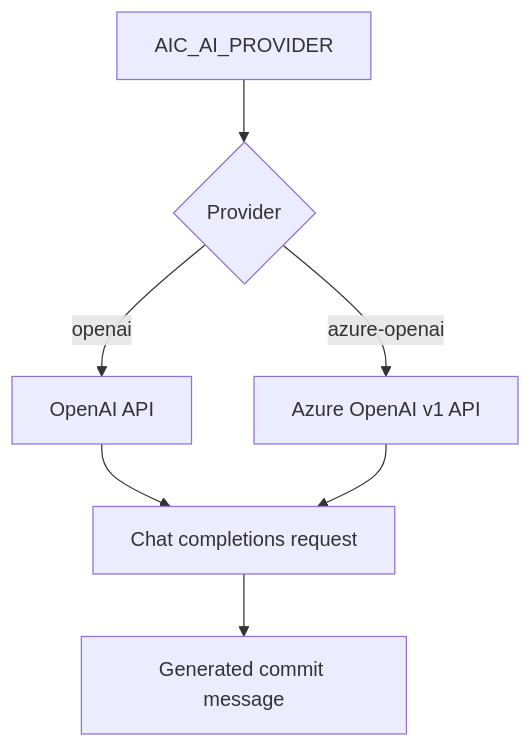
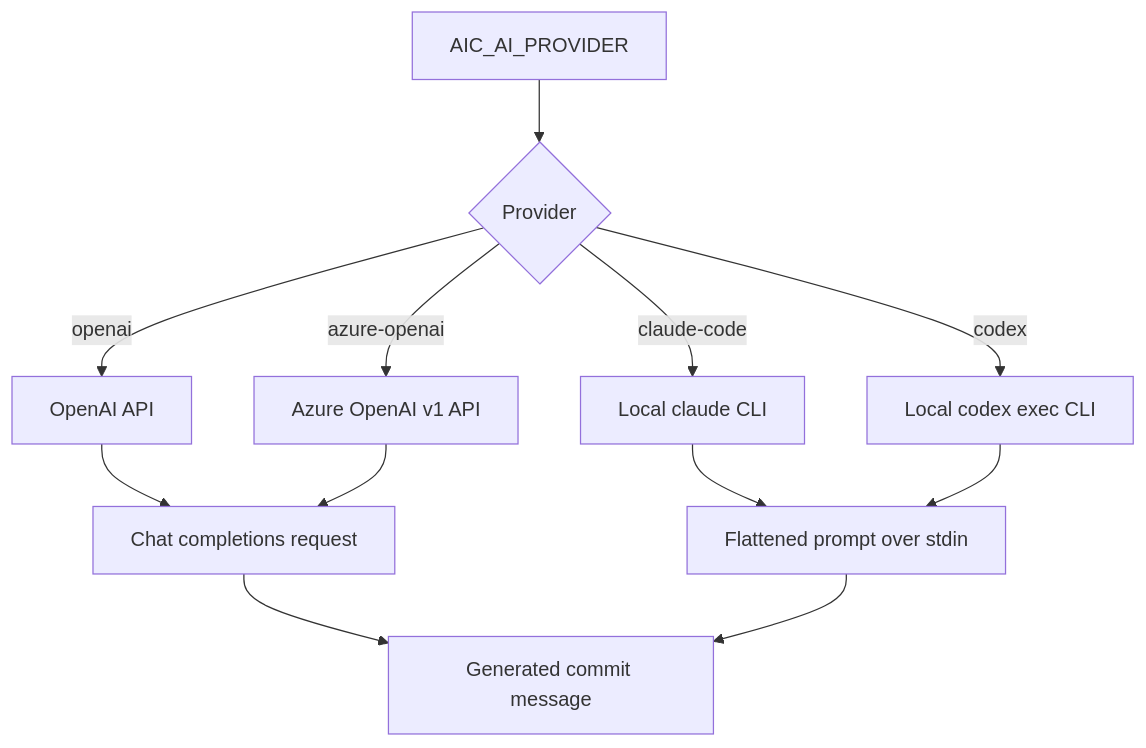
One commit to russmckendrick/aicommit changed the diagram in docs/providers.md. Above: the diagram before and after it, drawn with Mermaid. The commit also changed other lines of this file and 15 other files, not shown here.

First line of the commit message:
✨ feat(ai): unlock local CLI providers for claude-code and codex

````diff
--- a/docs/providers.md
+++ b/docs/providers.md
@@ -12,9 +16,14 @@
 ```mermaid
 flowchart TD
     Config["AIC_AI_PROVIDER"] --> Provider{"Provider"}
     Provider -->|openai| OpenAI["OpenAI API"]
     Provider -->|azure-openai| Azure["Azure OpenAI v1 API"]
+    Provider -->|claude-code| Claude["Local claude CLI"]
+    Provider -->|codex| Codex["Local codex exec CLI"]
     OpenAI --> Chat["Chat completions request"]
     Azure --> Chat
+    Claude --> Prompt["Flattened prompt over stdin"]
+    Codex --> Prompt
     Chat --> Result["Generated commit message"]
+    Prompt --> Result
 ```
````
